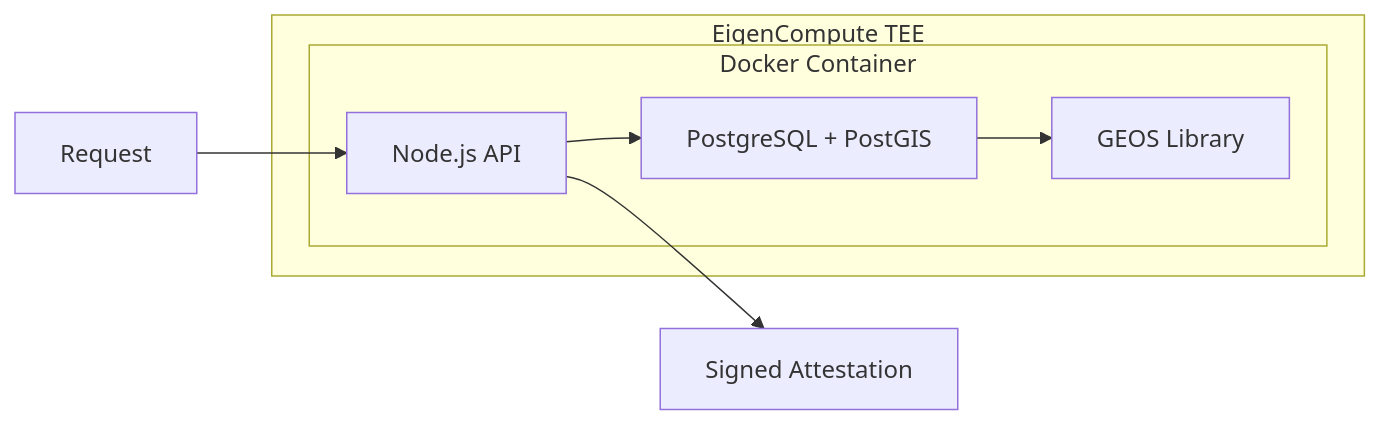
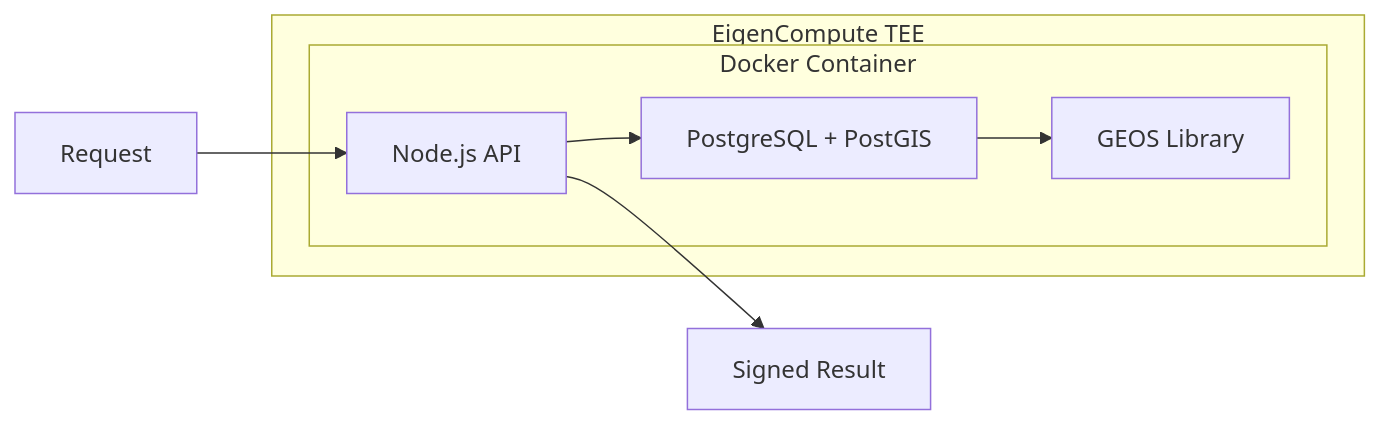
One commit to AstralProtocol/mintlify-docs changed the second of 2 diagrams in how-it-works.mdx. Above: the diagram before and after it, drawn with Mermaid. The commit also changed other lines of this file and 2 other files, not shown here.

````diff
--- a/how-it-works.mdx
+++ b/how-it-works.mdx
@@ -81,12 +81,12 @@
 ```mermaid
 flowchart LR
     subgraph TEE["EigenCompute TEE"]
         subgraph Container["Docker Container"]
             API[Node.js API] --> PostGIS[PostgreSQL + PostGIS]
             PostGIS --> GEOS[GEOS Library]
         end
     end
 
     Input[Request] --> API
-    API --> Output[Signed Attestation]
+    API --> Output[Signed Result]
 ```
````
